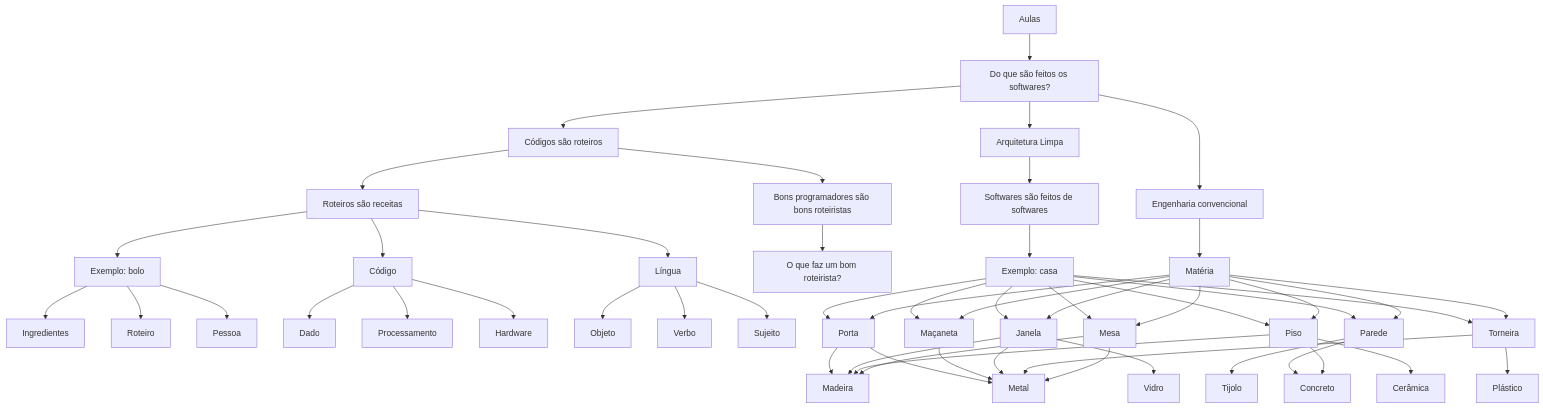
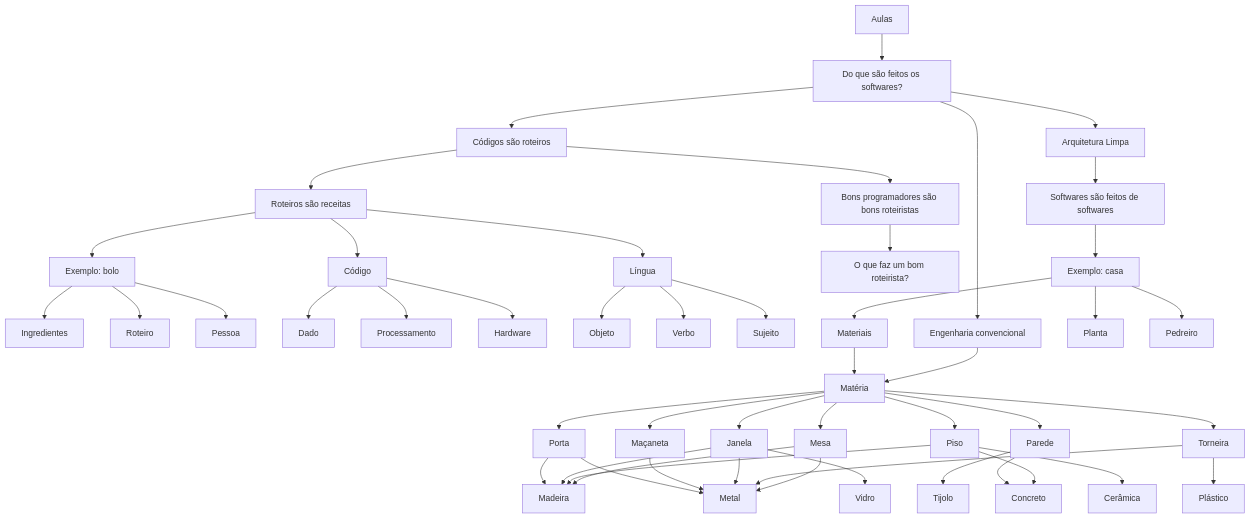
One commit to laerciogermano/workstation changed the diagram in aulas/README.md. Above: the diagram before and after it, drawn with Mermaid. The commit also changed other lines of this file, not shown here.

Commit message:
Troca filhos de Exemplo: casa para Materiais, Planta e Pedreiro, em paralelo ao bolo.

```diff
--- a/aulas/README.md
+++ b/aulas/README.md
@@ -24,6 +24,9 @@
   AL[Arquitetura Limpa]
   SFS[Softwares são feitos de softwares]
   CASA[Exemplo: casa]
+  HM[Materiais]
+  HP[Planta]
+  HPe[Pedreiro]
   M[Matéria]
   CP1[Porta]
   CP2[Maçaneta]
@@ -45,13 +48,10 @@
   B --> C
   AL --> SFS
   SFS --> CASA
-  CASA --> CP1
-  CASA --> CP2
-  CASA --> CP3
-  CASA --> CP4
-  CASA --> CP5
-  CASA --> CP6
-  CASA --> CP7
+  CASA --> HM
+  CASA --> HP
+  CASA --> HPe
+  HM --> M
   C --> D
   C --> E
   E --> F
```
